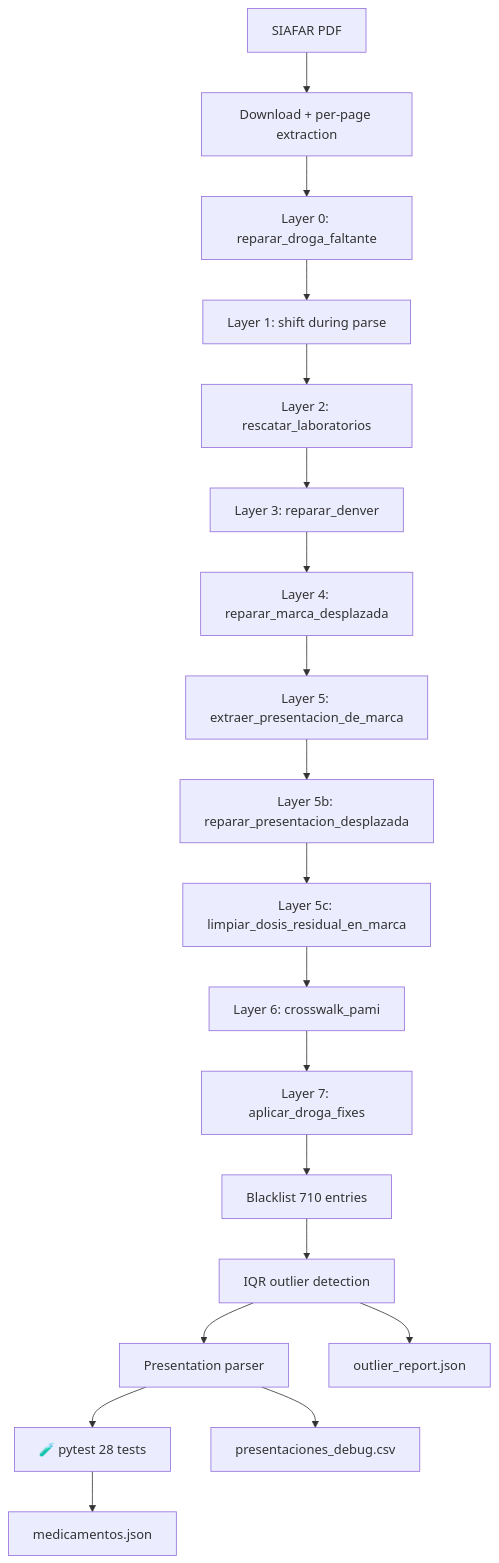
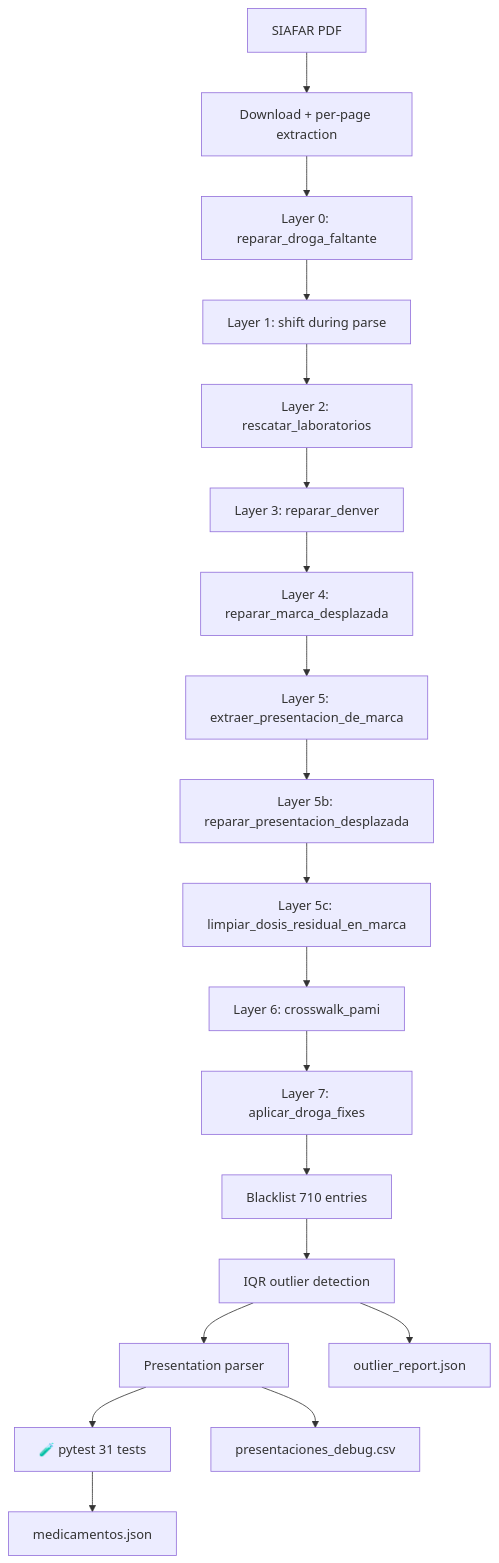
One commit to psbella/remedi.ar changed the fifth of 10 diagrams in README.en.md. Above: the diagram before and after it, drawn with Mermaid. The commit also changed other lines of this file and 7 other files, not shown here.

````diff
--- a/README.en.md
+++ b/README.en.md
@@ -1041,42 +1048,42 @@
 ```mermaid
 flowchart TD
 
     A[SIAFAR PDF]
     B[Download + per-page extraction]
     C0[Layer 0: reparar_droga_faltante]
     C1[Layer 1: shift during parse]
     C2[Layer 2: rescatar_laboratorios]
     C3[Layer 3: reparar_denver]
     C4[Layer 4: reparar_marca_desplazada]
     C5[Layer 5: extraer_presentacion_de_marca]
     C5B[Layer 5b: reparar_presentacion_desplazada]
     C5C[Layer 5c: limpiar_dosis_residual_en_marca]
     C6[Layer 6: crosswalk_pami]
     C7[Layer 7: aplicar_droga_fixes]
     BL[Blacklist 710 entries]
     OUT[IQR outlier detection]
     PRES[Presentation parser]
-    T[🧪 pytest 28 tests]
+    T[🧪 pytest 31 tests]
     JSON[medicamentos.json]
     DEBUG[presentaciones_debug.csv]
     REPORT[outlier_report.json]
 
     A --> B
     B --> C0
     C0 --> C1
     C1 --> C2
     C2 --> C3
     C3 --> C4
     C4 --> C5
     C5 --> C5B
     C5B --> C5C
     C5C --> C6
     C6 --> C7
     C7 --> BL
     BL --> OUT
     OUT --> PRES
     PRES --> T
     T --> JSON
     PRES --> DEBUG
     OUT --> REPORT
 ```
````
